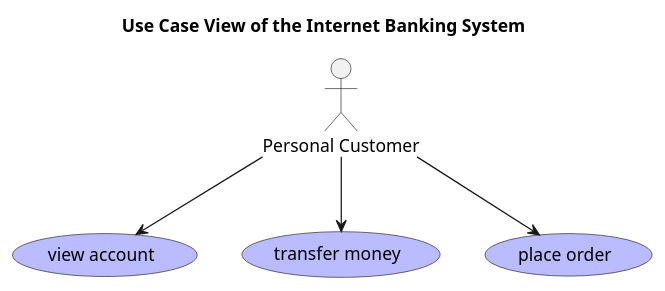
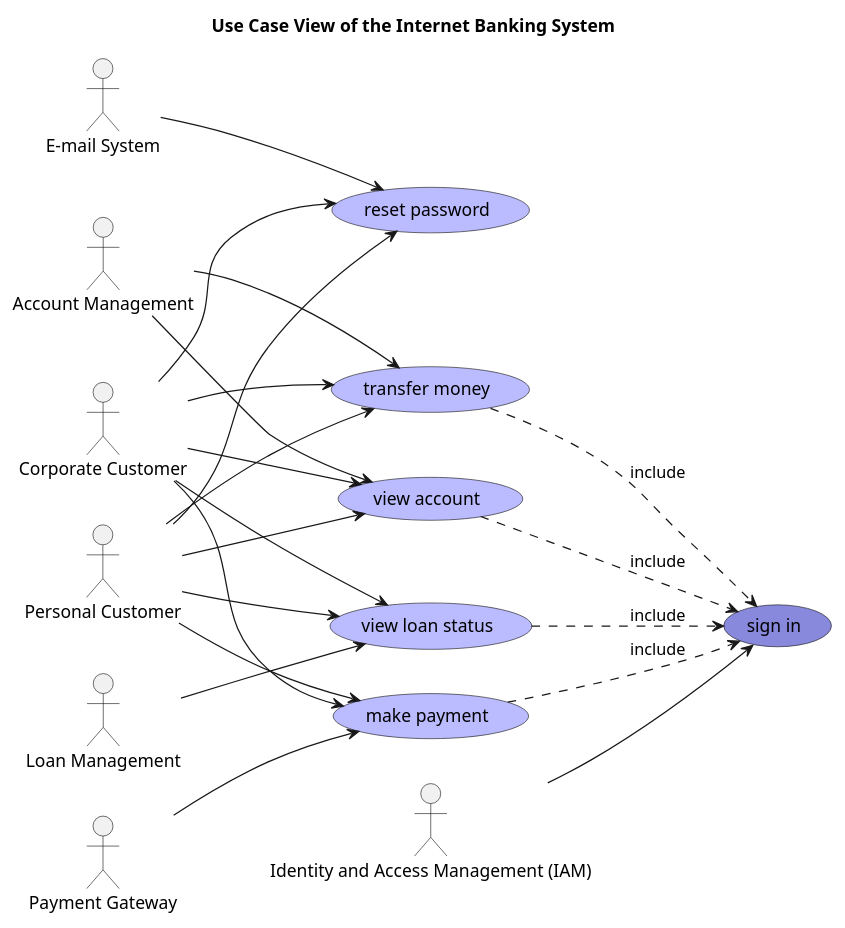
One commit to soulspace-org/my-bank-model changed the diagram in docs/mybank/digital-banking/internet-banking-system/use-case-view.puml. Above: the diagram before and after it, drawn with PlantUML. The commit also changed 24 other files, not shown here.

```diff
--- a/docs/mybank/digital-banking/internet-banking-system/use-case-view.puml
+++ b/docs/mybank/digital-banking/internet-banking-system/use-case-view.puml
@@ -1,17 +1,43 @@
 @startuml use-case-view
 
 
-
+left to right direction
 
 
 
 title Use Case View of the Internet Banking System
 
+actor "E-mail System" as mybank_emailSystem
+actor "Loan Management" as mybank_coreBanking_loanManagementSystem
+usecase "sign in" as (mybank_digitalBanking_internetBankingSystem_signIn) #8888DD
 usecase "view account" as (mybank_digitalBanking_internetBankingSystem_viewAccount) #BBBBFF
 actor "Personal Customer" as mybank_personalCustomer
+actor "Account Management" as mybank_coreBanking_accountManagementSystem
 usecase "transfer money" as (mybank_digitalBanking_internetBankingSystem_transferMoney) #BBBBFF
-usecase "place order" as (mybank_digitalBanking_internetBankingSystem_placeOrder) #BBBBFF
-mybank_personalCustomer --> mybank_digitalBanking_internetBankingSystem_placeOrder
+actor "Payment Gateway" as mybank_payment_paymentGatewaySystem
+usecase "reset password" as (mybank_digitalBanking_internetBankingSystem_resetPassword) #BBBBFF
+usecase "view loan status" as (mybank_digitalBanking_internetBankingSystem_viewLoanStatus) #BBBBFF
+usecase "make payment" as (mybank_digitalBanking_internetBankingSystem_makePayment) #BBBBFF
+actor "Corporate Customer" as mybank_corporateCustomer
+actor "Identity and Access Management (IAM)" as mybank_security_identityAccessManagementSystem
+mybank_emailSystem --> mybank_digitalBanking_internetBankingSystem_resetPassword
+mybank_personalCustomer --> mybank_digitalBanking_internetBankingSystem_resetPassword
+mybank_coreBanking_accountManagementSystem --> mybank_digitalBanking_internetBankingSystem_transferMoney
+mybank_personalCustomer --> mybank_digitalBanking_internetBankingSystem_makePayment
+mybank_corporateCustomer --> mybank_digitalBanking_internetBankingSystem_makePayment
+mybank_coreBanking_loanManagementSystem --> mybank_digitalBanking_internetBankingSystem_viewLoanStatus
+mybank_payment_paymentGatewaySystem --> mybank_digitalBanking_internetBankingSystem_makePayment
+mybank_corporateCustomer --> mybank_digitalBanking_internetBankingSystem_resetPassword
+mybank_digitalBanking_internetBankingSystem_viewAccount .down.> mybank_digitalBanking_internetBankingSystem_signIn : include
+mybank_digitalBanking_internetBankingSystem_transferMoney .down.> mybank_digitalBanking_internetBankingSystem_signIn : include
+mybank_corporateCustomer --> mybank_digitalBanking_internetBankingSystem_transferMoney
 mybank_personalCustomer --> mybank_digitalBanking_internetBankingSystem_viewAccount
+mybank_digitalBanking_internetBankingSystem_viewLoanStatus .down.> mybank_digitalBanking_internetBankingSystem_signIn : include
+mybank_corporateCustomer --> mybank_digitalBanking_internetBankingSystem_viewAccount
+mybank_personalCustomer --> mybank_digitalBanking_internetBankingSystem_viewLoanStatus
+mybank_corporateCustomer --> mybank_digitalBanking_internetBankingSystem_viewLoanStatus
 mybank_personalCustomer --> mybank_digitalBanking_internetBankingSystem_transferMoney
+mybank_security_identityAccessManagementSystem --> mybank_digitalBanking_internetBankingSystem_signIn
+mybank_coreBanking_accountManagementSystem --> mybank_digitalBanking_internetBankingSystem_viewAccount
+mybank_digitalBanking_internetBankingSystem_makePayment .down.> mybank_digitalBanking_internetBankingSystem_signIn : include
 @enduml
```
